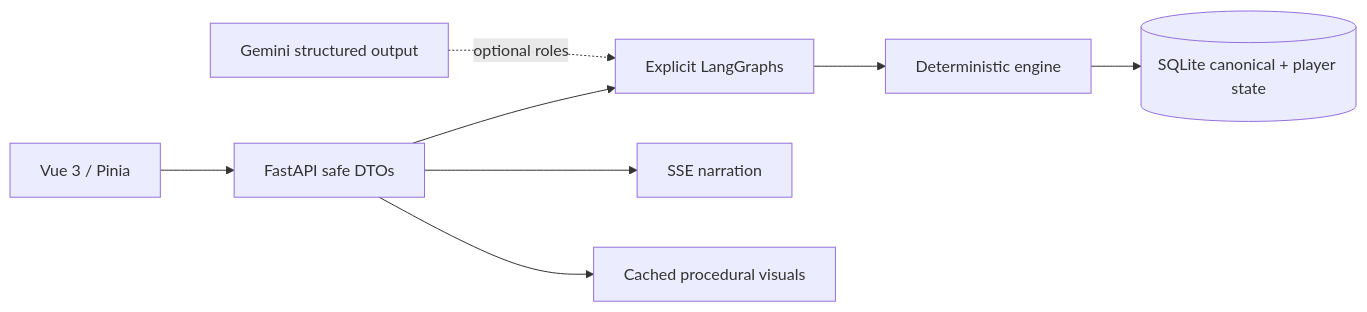
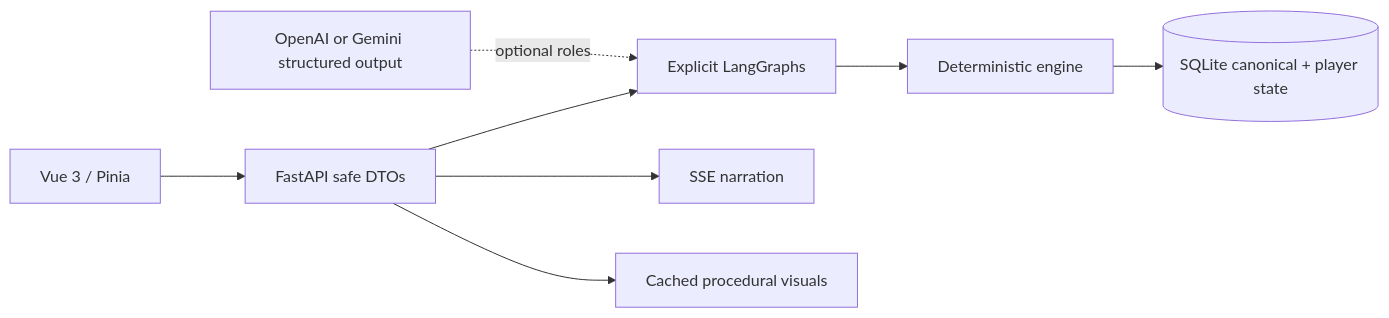
The diagram in README.md (ii2001/CASE-Unknown), drawn with Mermaid before and after one commit. The commit also changed other lines of this file and 1 other file, not shown here.

Commit message:
📝 docs(config): OpenAI와 Gemini 설정 안내 추가

````diff
--- a/README.md
+++ b/README.md
@@ -46,10 +58,10 @@
 ```mermaid
 flowchart LR
   UI[Vue 3 / Pinia] --> API[FastAPI safe DTOs]
   API --> Graphs[Explicit LangGraphs]
   Graphs --> Engine[Deterministic engine]
   Engine --> DB[(SQLite canonical + player state)]
   API --> SSE[SSE narration]
   API --> Visuals[Cached procedural visuals]
-  Gemini[Gemini structured output] -. optional roles .-> Graphs
+  Models[OpenAI or Gemini structured output] -. optional roles .-> Graphs
 ```
````
